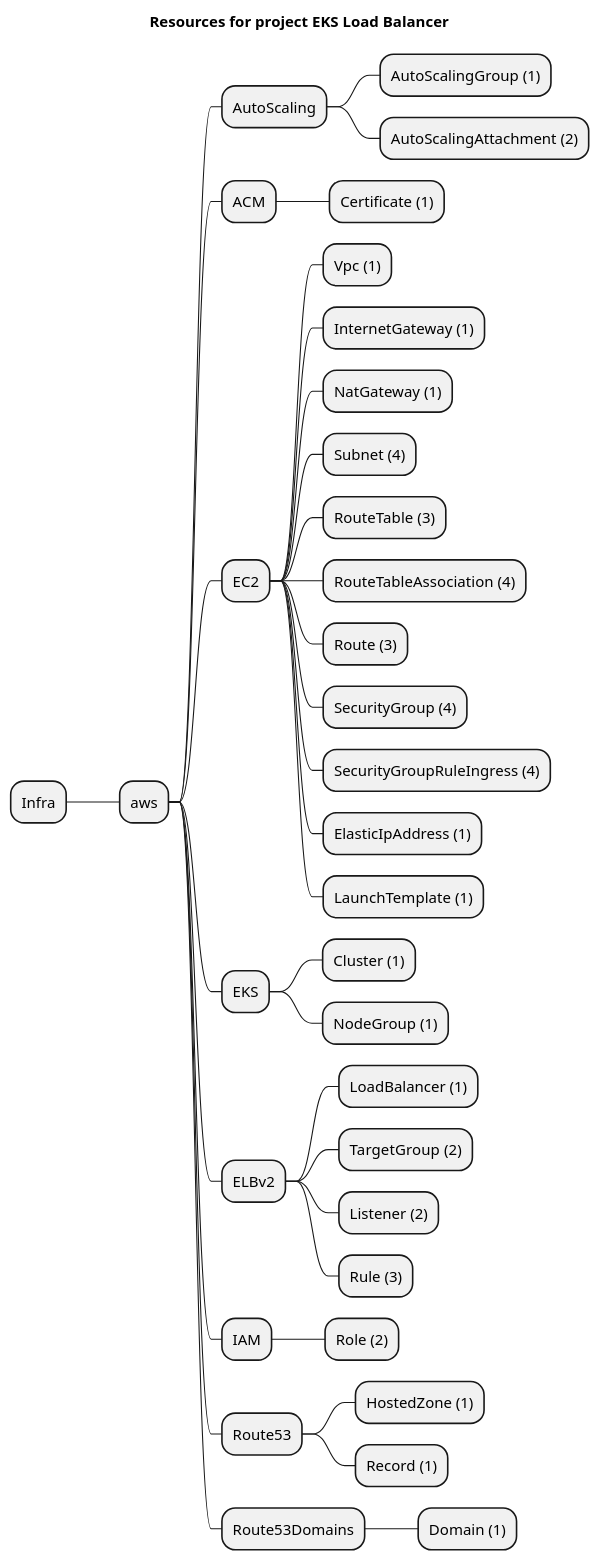
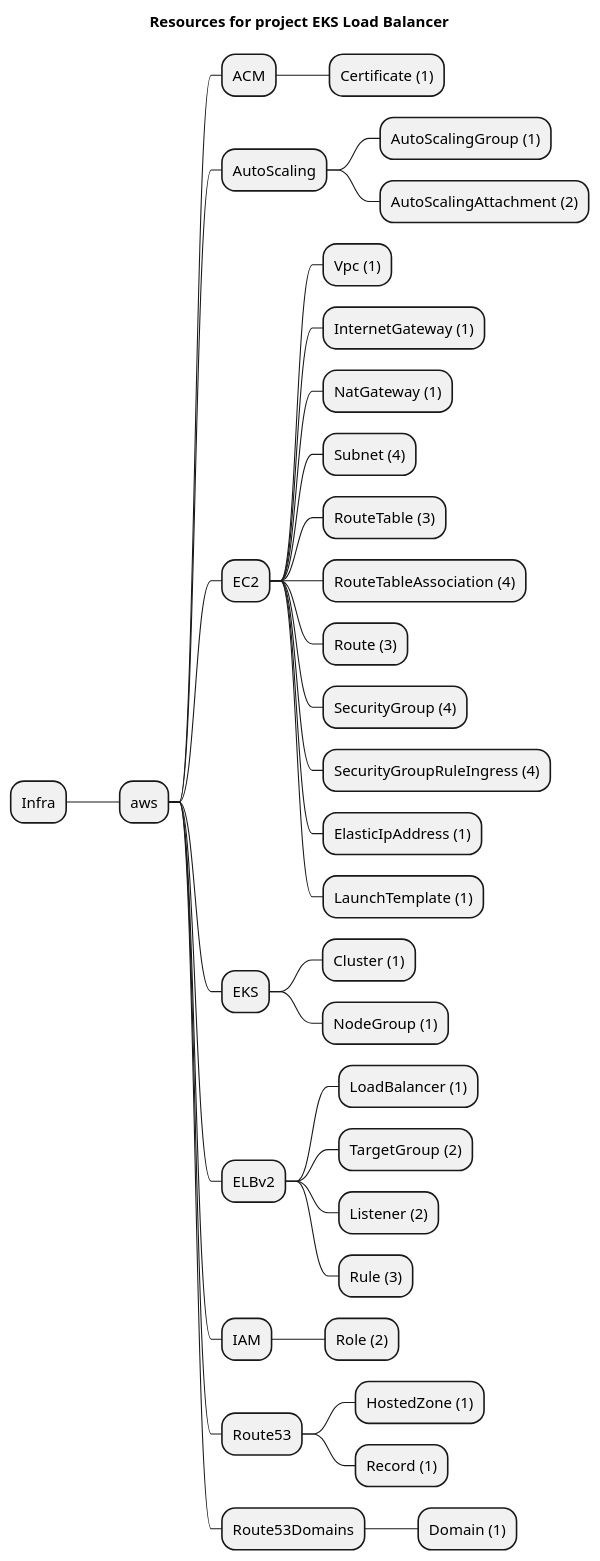
Before and after one commit to grucloud/grucloud: the diagram in examples/aws/EKS/eks-load-balancer/artifacts/resources-mindmap.puml, drawn with PlantUML. The commit also changed other lines of this file and 101 other files, not shown here.

```diff
--- a/examples/aws/EKS/eks-load-balancer/artifacts/resources-mindmap.puml
+++ b/examples/aws/EKS/eks-load-balancer/artifacts/resources-mindmap.puml
@@ -1,38 +1,38 @@
 @startmindmap
 title Resources for project EKS Load Balancer
 skinparam monochrome true
 + Infra
 ++ aws
++++ ACM
+++++ Certificate (1)
 +++ AutoScaling
 ++++ AutoScalingGroup (1)
 ++++ AutoScalingAttachment (2)
-+++ ACM
-++++ Certificate (1)
 +++ EC2
 ++++ Vpc (1)
 ++++ InternetGateway (1)
 ++++ NatGateway (1)
 ++++ Subnet (4)
 ++++ RouteTable (3)
 ++++ RouteTableAssociation (4)
 ++++ Route (3)
 ++++ SecurityGroup (4)
 ++++ SecurityGroupRuleIngress (4)
 ++++ ElasticIpAddress (1)
 ++++ LaunchTemplate (1)
 +++ EKS
 ++++ Cluster (1)
 ++++ NodeGroup (1)
 +++ ELBv2
 ++++ LoadBalancer (1)
 ++++ TargetGroup (2)
 ++++ Listener (2)
 ++++ Rule (3)
 +++ IAM
 ++++ Role (2)
 +++ Route53
 ++++ HostedZone (1)
 ++++ Record (1)
 +++ Route53Domains
 ++++ Domain (1)
 @endmindmap
```
